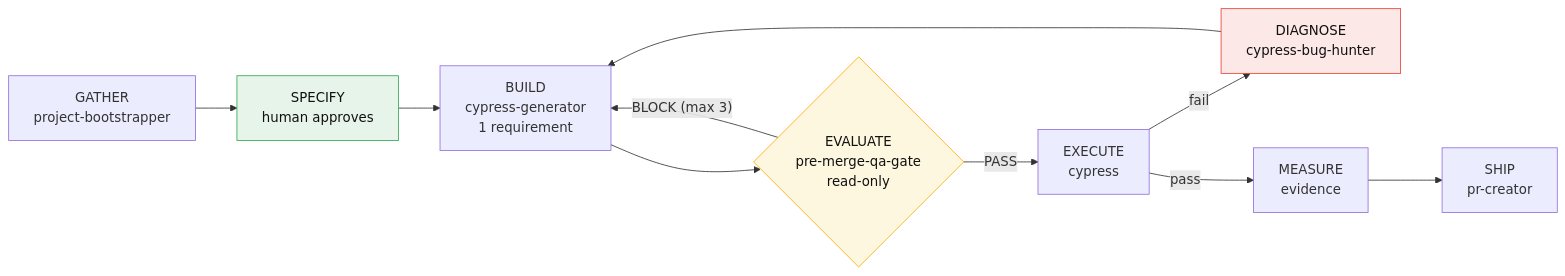
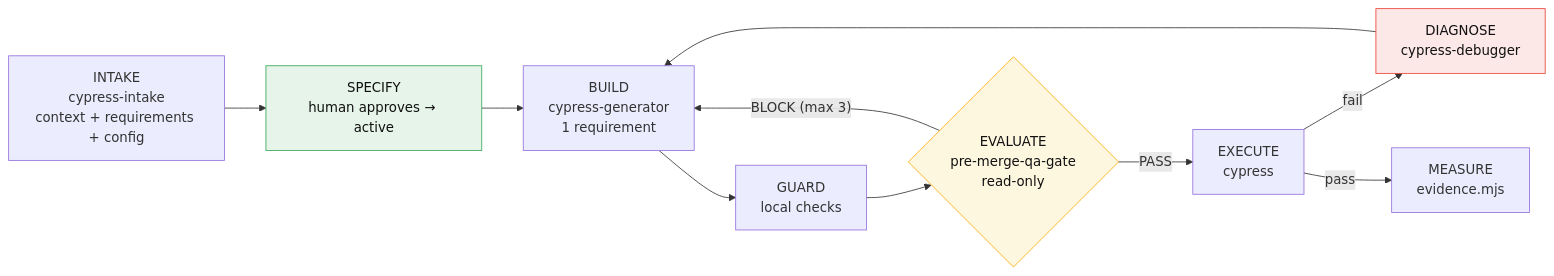
One commit to lfyagya/AI-Agentic-Test-Development changed the fourth of 11 diagrams in docs/onboarding/first-session.md. Above: the diagram before and after it, drawn with Mermaid. The commit also changed other lines of this file, not shown here.

````diff
--- a/docs/onboarding/first-session.md
+++ b/docs/onboarding/first-session.md
@@ -48,16 +78,16 @@
 ```mermaid
 flowchart LR
-    G["GATHER<br/>project-bootstrapper"] --> S["SPECIFY<br/>human approves"]
+    I["INTAKE<br/>cypress-intake<br/>context + requirements + config"] --> S["SPECIFY<br/>human approves → active"]
     S --> B["BUILD<br/>cypress-generator<br/>1 requirement"]
-    B --> E{"EVALUATE<br/>pre-merge-qa-gate<br/>read-only"}
+    B --> GU["GUARD<br/>local checks"]
+    GU --> E{"EVALUATE<br/>pre-merge-qa-gate<br/>read-only"}
     E -- BLOCK (max 3) --> B
     E -- PASS --> X["EXECUTE<br/>cypress"]
-    X -- fail --> D["DIAGNOSE<br/>cypress-bug-hunter"]
+    X -- fail --> D["DIAGNOSE<br/>cypress-debugger"]
     D --> B
-    X -- pass --> Me["MEASURE<br/>evidence"]
-    Me --> Sh["SHIP<br/>pr-creator"]
+    X -- pass --> Me["MEASURE<br/>evidence.mjs"]
 
     style S fill:#e6f4ea,stroke:#34a853,color:#111
     style E fill:#fef7e0,stroke:#f9ab00,color:#111
     style D fill:#fce8e6,stroke:#ea4335,color:#111
 ```
````
